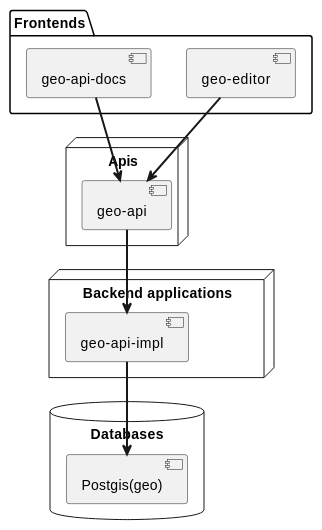
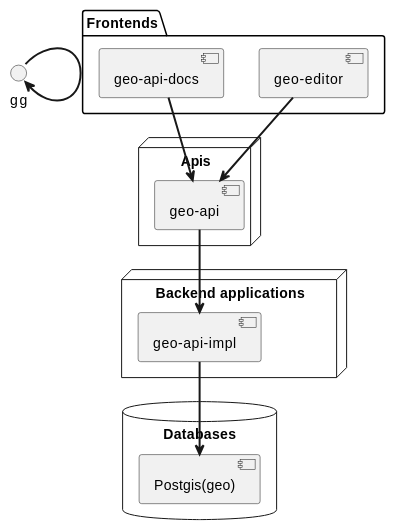
Before and after one commit to Future-Position-X/fpx-monorepo: the diagram in README.md, drawn with PlantUML.

````diff
--- a/README.md
+++ b/README.md
@@ -12,28 +12,28 @@
-```plantuml:architecture
+```plantuml :architecture
 @startuml
 
 package "Frontends" {
   [geo-editor]
   [geo-api-docs]
 }
 
 node "Apis" {
   [geo-api]
 }
 
 node "Backend applications" {
   [geo-api-impl] as geoApp
 }
 
 database "Databases" {
     [Postgis(geo)] as geoDb
 }
 
 [geo-editor] ==> [geo-api]
 [geo-api-docs] ==> [geo-api]
 [geo-api] ==> geoApp
 geoApp ==> geoDb
-
+gg ==> gg
 @enduml
 
 ```
````
